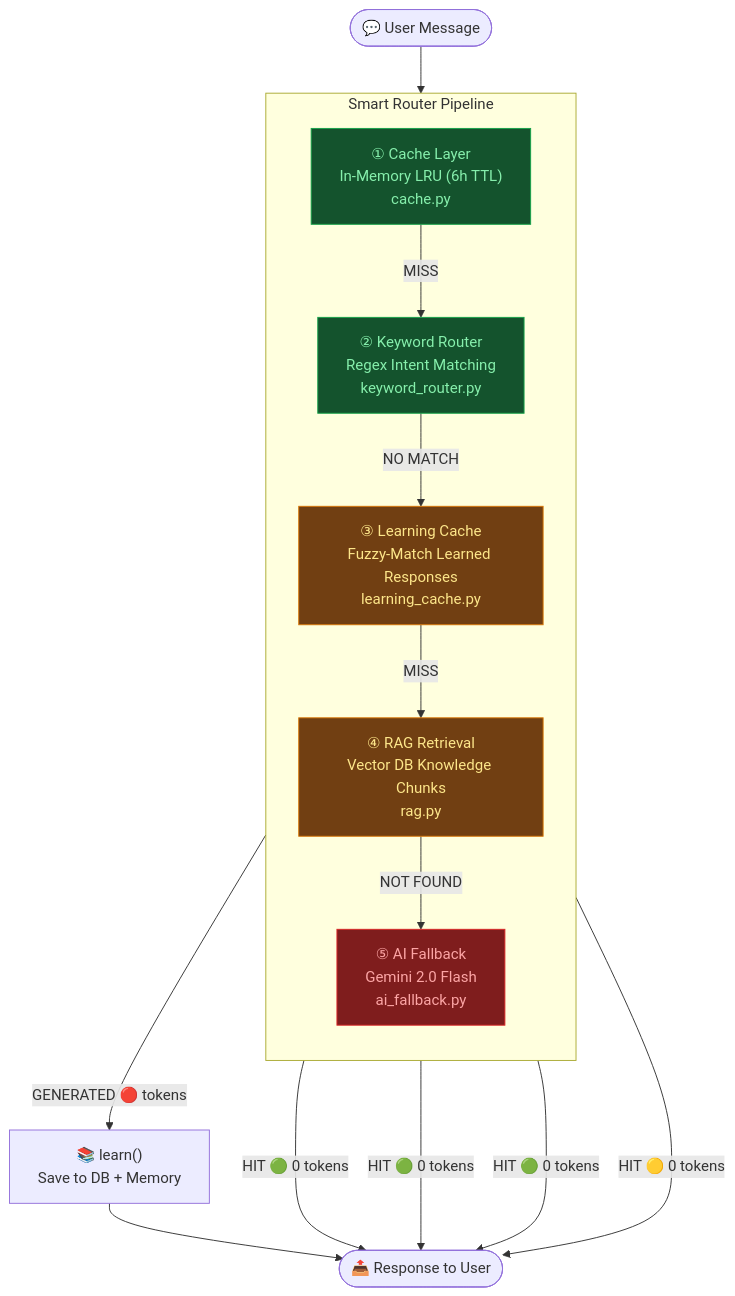
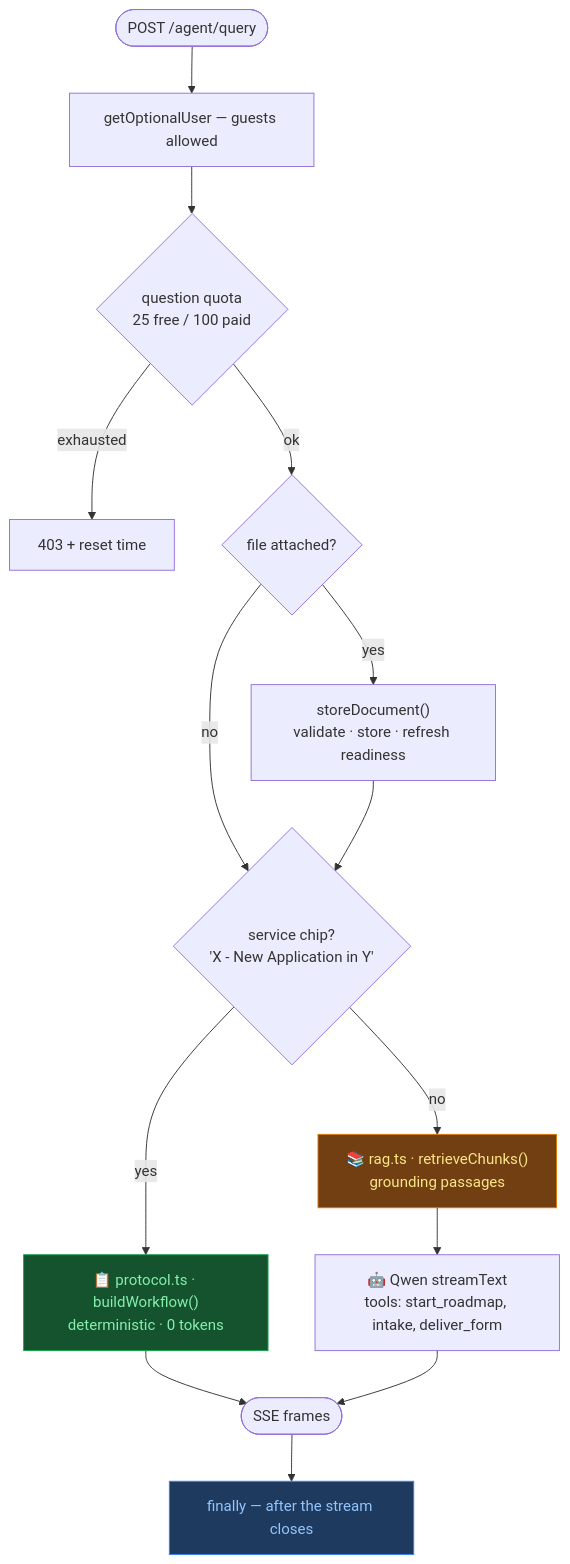
Before and after one commit to hamzax180/TurkGateWay: the third of 9 diagrams in ARCHITECTURE.md, drawn with Mermaid. The commit also changed other lines of this file and 268 other files, not shown here.

````diff
--- a/ARCHITECTURE.md
+++ b/ARCHITECTURE.md
@@ -47,27 +116,22 @@
 ```mermaid
 flowchart TD
-    MSG(["💬 User Message"]) --> SR
+    IN([POST /agent/query]) --> AUTH["getOptionalUser — guests allowed"]
+    AUTH --> QUOTA{"question quota<br/>25 free / 100 paid"}
+    QUOTA -->|exhausted| E403["403 + reset time"]
+    QUOTA -->|ok| UP{"file attached?"}
+    UP -->|yes| STORE["storeDocument()<br/>validate · store · refresh readiness"]
+    UP -->|no| ROUTE
+    STORE --> ROUTE{"service chip?<br/>'X - New Application in Y'"}
 
-    subgraph SR["Smart Router Pipeline"]
-        direction TB
-        L1["① Cache Layer\nIn-Memory LRU (6h TTL)\ncache.py"] -->|MISS| L2
-        L2["② Keyword Router\nRegex Intent Matching\nkeyword_router.py"] -->|NO MATCH| L3
-        L3["③ Learning Cache\nFuzzy-Match Learned Responses\nlearning_cache.py"] -->|MISS| L4
-        L4["④ RAG Retrieval\nVector DB Knowledge Chunks\nrag.py"] -->|NOT FOUND| L5
-        L5["⑤ AI Fallback\nGemini 2.0 Flash\nai_fallback.py"]
-    end
+    ROUTE -->|yes| PROTO["📋 protocol.ts · buildWorkflow()<br/>deterministic · 0 tokens"]
+    ROUTE -->|no| RAG["📚 rag.ts · retrieveChunks()<br/>grounding passages"]
+    RAG --> QWEN["🤖 Qwen streamText<br/>tools: start_roadmap, intake, deliver_form"]
 
-    L1 -->|HIT 🟢 0 tokens| RES
-    L2 -->|HIT 🟢 0 tokens| RES
-    L3 -->|HIT 🟢 0 tokens| RES
-    L4 -->|HIT 🟡 0 tokens| RES
-    L5 -->|GENERATED 🔴 tokens| LEARN["📚 learn()\nSave to DB + Memory"]
+    PROTO --> SSE([SSE frames])
+    QWEN --> SSE
+    SSE --> FIN["finally — after the stream closes"]
 
-    LEARN --> RES(["📤 Response to User"])
-
-    style L1 fill:#14532d,color:#86efac,stroke:#16a34a
-    style L2 fill:#14532d,color:#86efac,stroke:#16a34a
-    style L3 fill:#713f12,color:#fde68a,stroke:#d97706
-    style L4 fill:#713f12,color:#fde68a,stroke:#d97706
-    style L5 fill:#7f1d1d,color:#fca5a5,stroke:#dc2626
+    style PROTO fill:#14532d,color:#86efac,stroke:#16a34a
+    style RAG fill:#713f12,color:#fde68a,stroke:#d97706
+    style FIN fill:#1e3a5f,color:#93c5fd,stroke:#3b82f6
 ```
````
